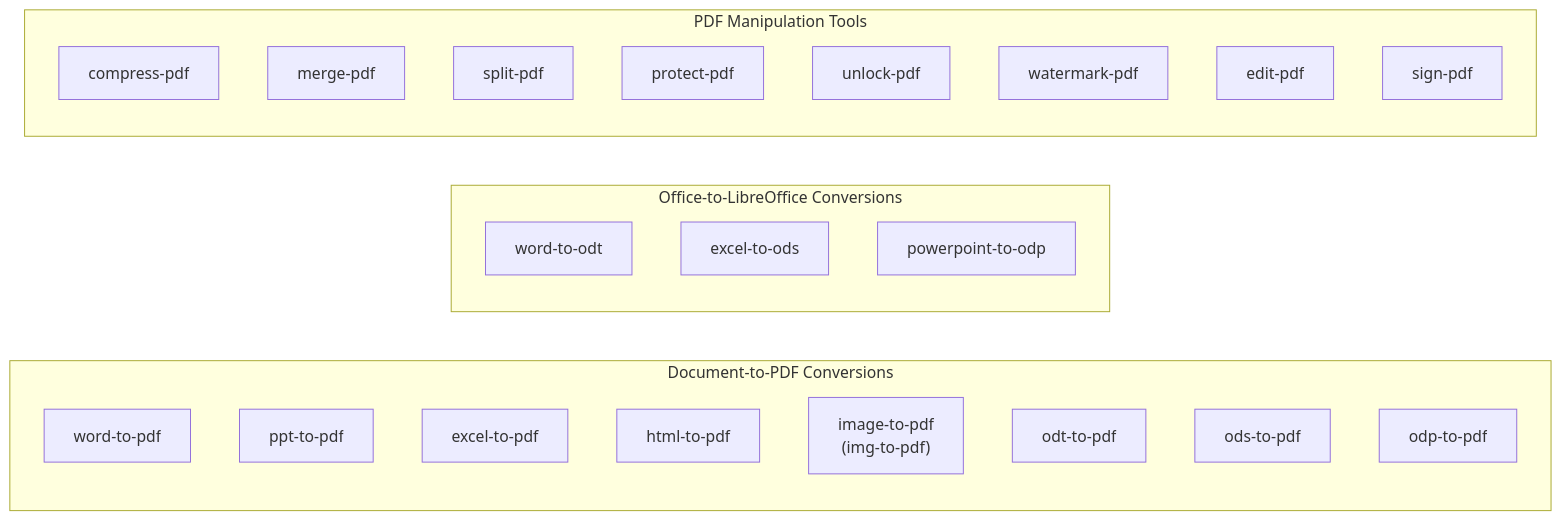
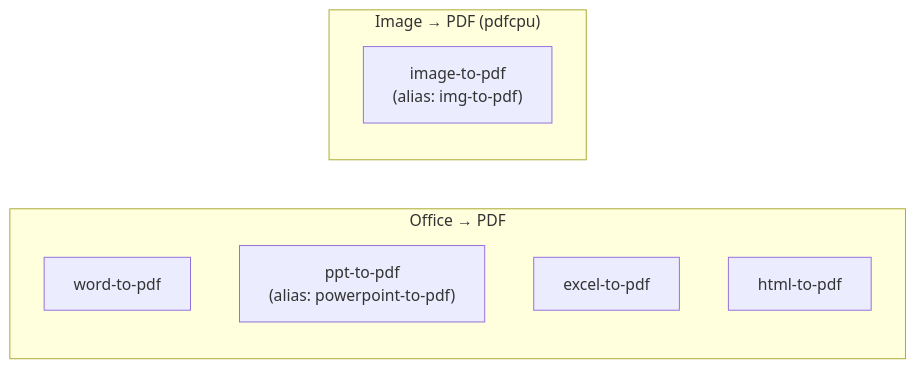
One commit to Prachidubey2003/fyredocs_backend changed the second of 4 diagrams in docs/developer/mermaid/service-convert-to-pdf-architecture.md. Above: the diagram before and after it, drawn with Mermaid. The commit also changed other lines of this file and 39 other files, not shown here.

````diff
--- a/docs/developer/mermaid/service-convert-to-pdf-architecture.md
+++ b/docs/developer/mermaid/service-convert-to-pdf-architecture.md
@@ -91,30 +77,13 @@
 ```mermaid
 graph LR
-    subgraph ConversionTools["Document-to-PDF Conversions"]
+    subgraph Office["Office → PDF"]
         A["word-to-pdf"]
-        B["ppt-to-pdf"]
+        B["ppt-to-pdf<br/>(alias: powerpoint-to-pdf)"]
         C["excel-to-pdf"]
         D["html-to-pdf"]
-        E["image-to-pdf<br/>(img-to-pdf)"]
-        AA["odt-to-pdf"]
-        BB["ods-to-pdf"]
-        CC["odp-to-pdf"]
     end
 
-    subgraph OdfTools["Office-to-LibreOffice Conversions"]
-        DD["word-to-odt"]
-        EE["excel-to-ods"]
-        FF["powerpoint-to-odp"]
-    end
-
-    subgraph PDFTools["PDF Manipulation Tools"]
-        F["compress-pdf"]
-        G["merge-pdf"]
-        H["split-pdf"]
-        I["protect-pdf"]
-        J["unlock-pdf"]
-        K["watermark-pdf"]
-        L["edit-pdf"]
-        M["sign-pdf"]
+    subgraph Image["Image → PDF (pdfcpu)"]
+        E["image-to-pdf<br/>(alias: img-to-pdf)"]
     end
 ```
````
